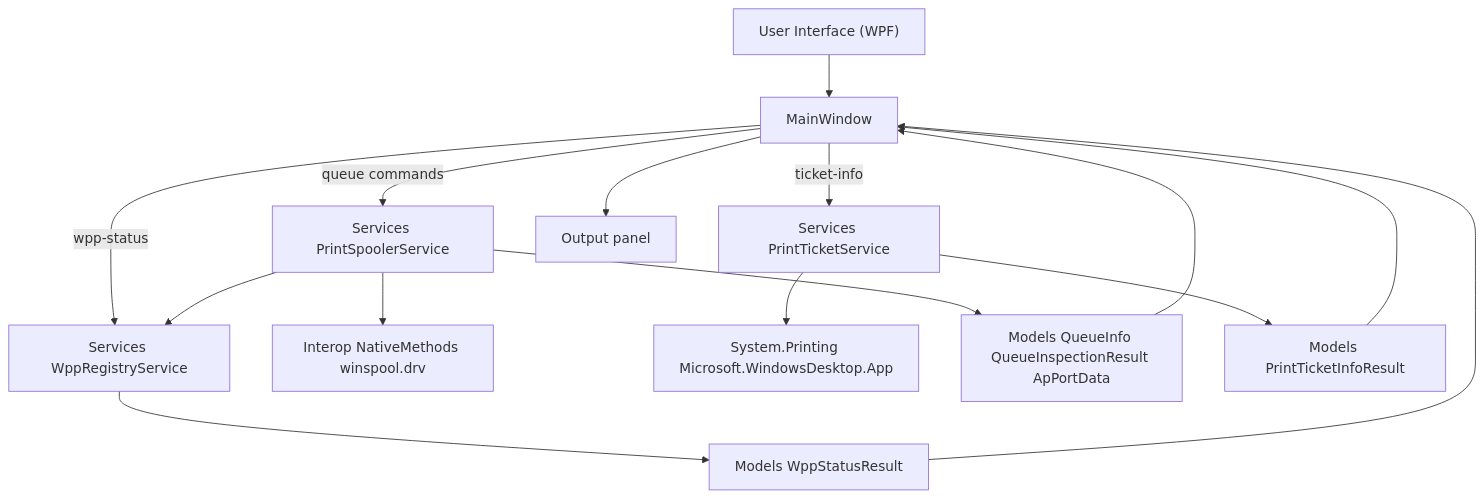
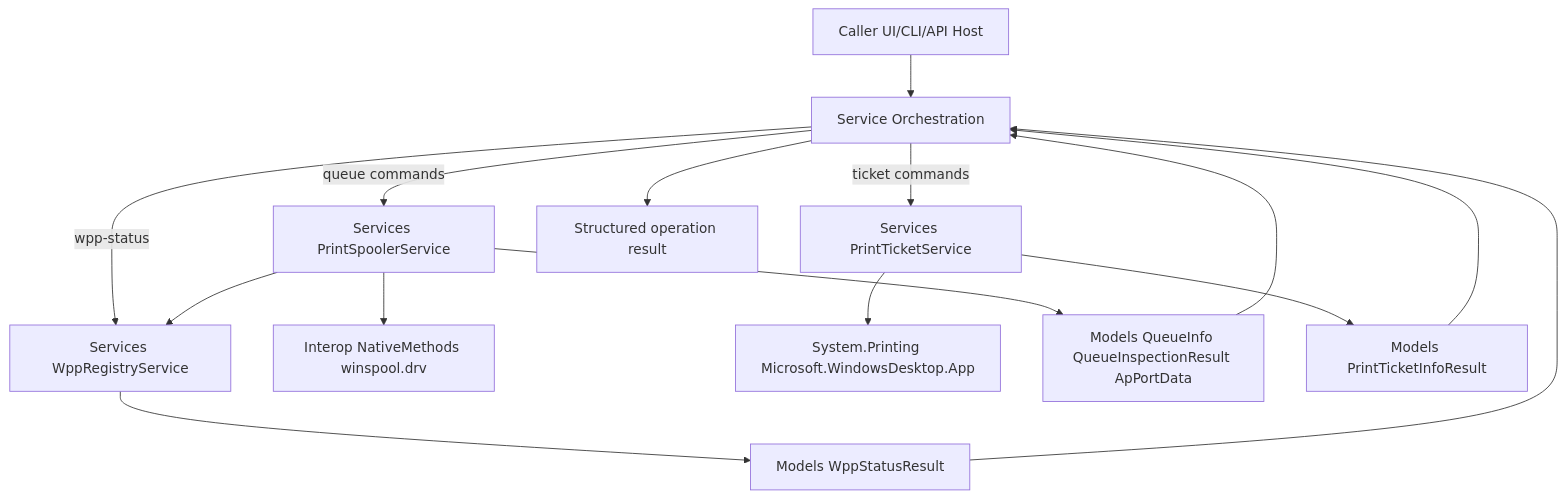
Before and after one commit to tiagobuchanellindd/WppQueuePoc: the first of 4 diagrams in docs/guides/03-architecture-styles.md, drawn with Mermaid. The commit also changed other lines of this file and 4 other files, not shown here.

````diff
--- a/docs/guides/03-architecture-styles.md
+++ b/docs/guides/03-architecture-styles.md
@@ -32,21 +33,21 @@
 ```mermaid
 flowchart TD
-    U["User Interface (WPF)"] --> A["MainWindow"]
+    C["Caller UI/CLI/API Host"] --> A["Service Orchestration"]
 
     A -->|"wpp-status"| R["Services WppRegistryService"]
     A -->|"queue commands"| S["Services PrintSpoolerService"]
-    A -->|"ticket-info"| T["Services PrintTicketService"]
+    A -->|"ticket commands"| T["Services PrintTicketService"]
 
     S --> N["Interop NativeMethods winspool.drv"]
     S --> R
     T --> SP["System.Printing Microsoft.WindowsDesktop.App"]
 
     R --> M1["Models WppStatusResult"]
     S --> M2["Models QueueInfo QueueInspectionResult ApPortData"]
     T --> M3["Models PrintTicketInfoResult"]
 
     M1 --> A
     M2 --> A
     M3 --> A
-    A --> O["Output panel"]
+    A --> O["Structured operation result"]
 ```
````
